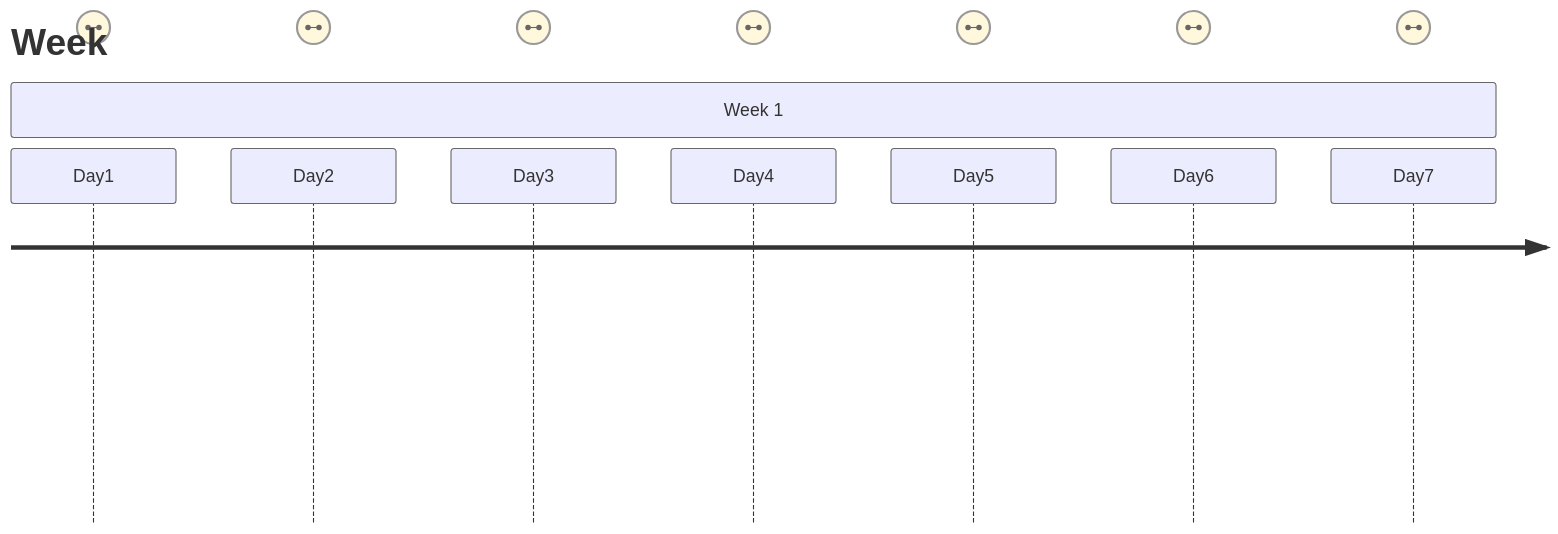
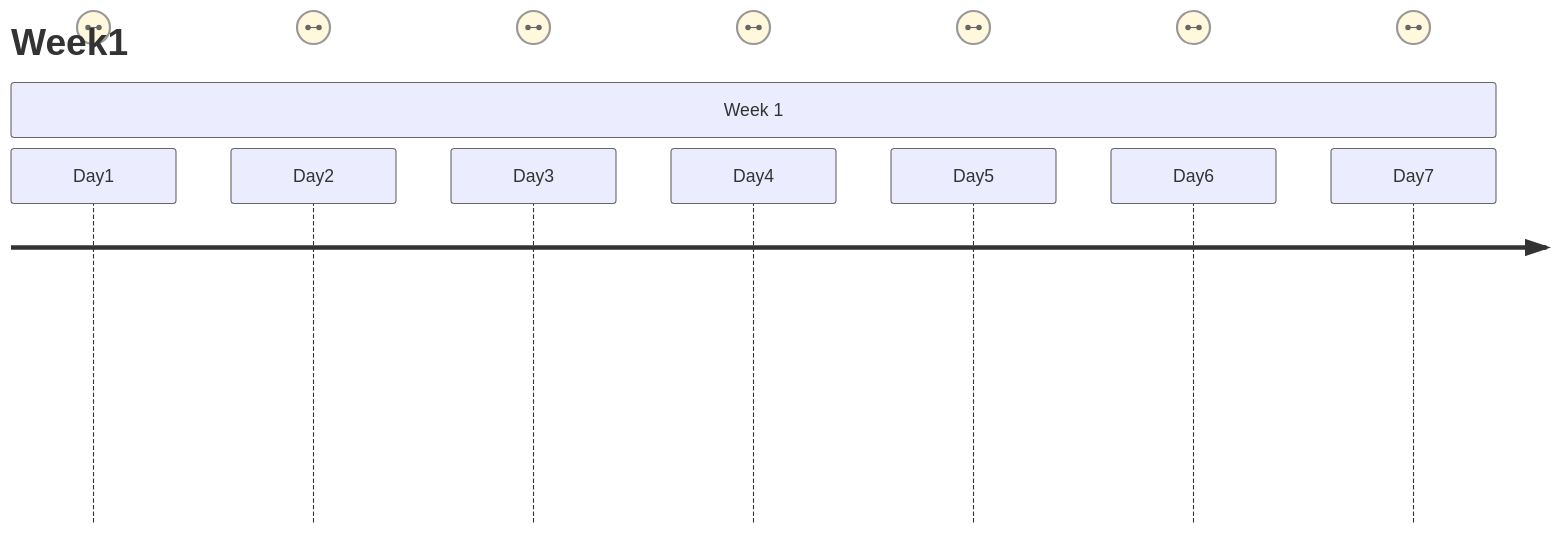
One commit to metigator/Roadmap changed the first of 2 diagrams in README.md. Above: the diagram before and after it, drawn with Mermaid.

````diff
--- a/README.md
+++ b/README.md
@@ -1,12 +1,12 @@
 ```mermaid
 journey
-    title Week#1
+    title Week1
     section Week 1
       Day1 : Me
       Day2 : Me
       Day3 : Me
       Day4 : Me
       Day5 : Me
       Day6 : Me
       Day7 : Me
 ```
````
